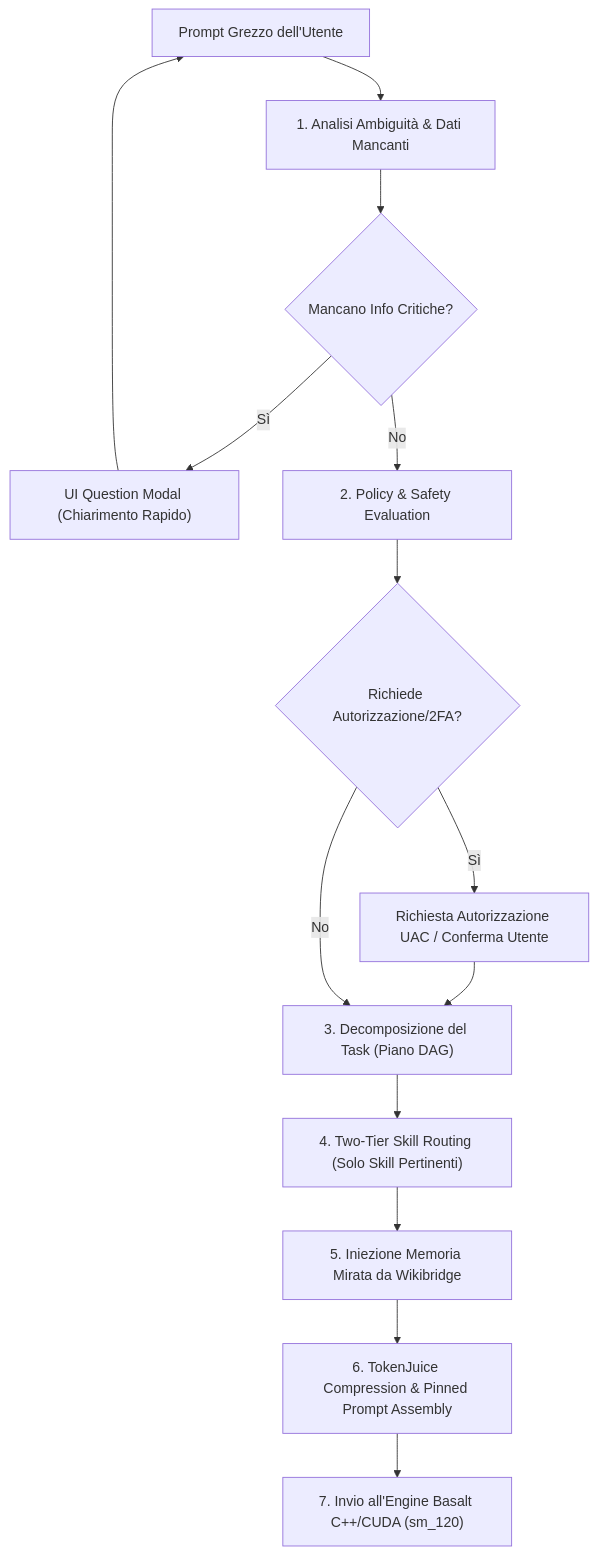
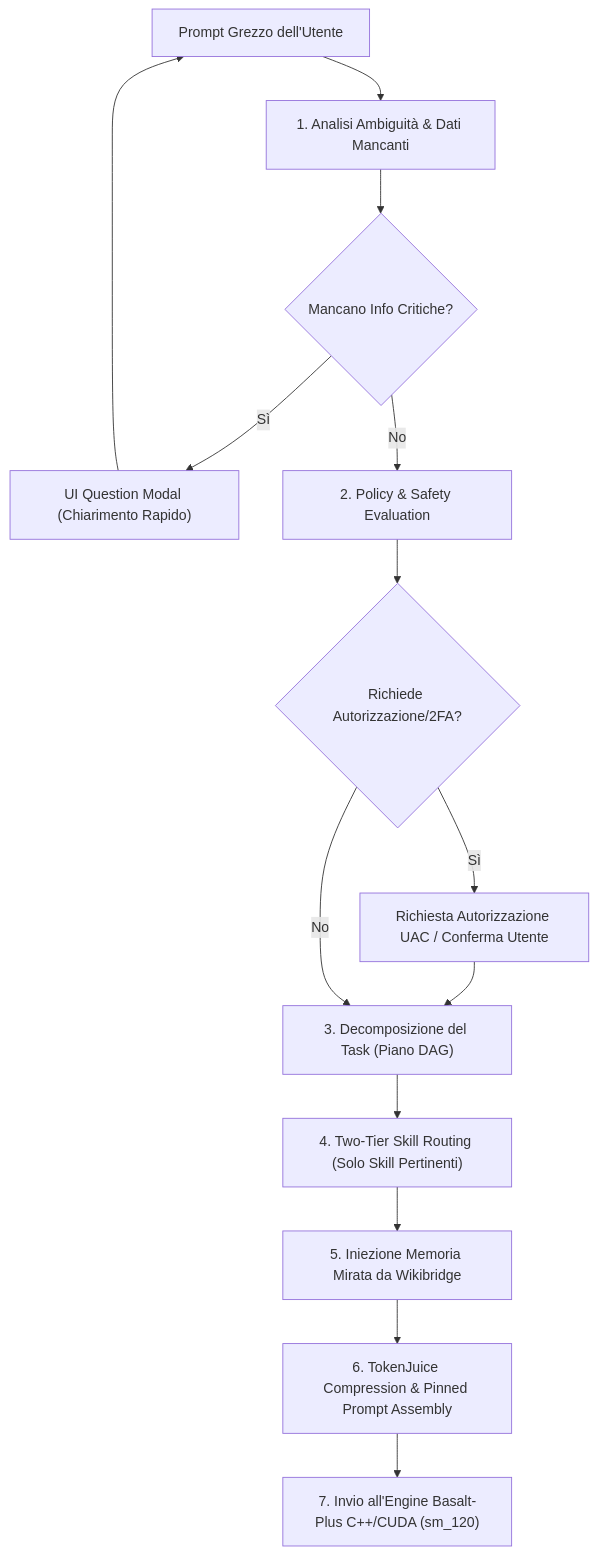
Before and after one commit to nuspy/tadamoo: the fourth of 7 diagrams in the_way_to_the_moon.ORIGINALE.md, drawn with Mermaid. The commit also changed other lines of this file and 163 other files, not shown here.

First line of the commit message:
rename: the product name in prose becomes TaDaMoo and the engine's becomes Basalt-Plus

````diff
--- a/the_way_to_the_moon.ORIGINALE.md
+++ b/the_way_to_the_moon.ORIGINALE.md
@@ -490,16 +490,16 @@
 ```mermaid
 flowchart TD
     Raw["Prompt Grezzo dell'Utente"] --> Ambiguity["1. Analisi Ambiguità & Dati Mancanti"]
     Ambiguity --> CheckAmb{"Mancano Info Critiche?"}
     CheckAmb -- Sì --> Modal["UI Question Modal (Chiarimento Rapido)"]
     Modal --> Raw
     CheckAmb -- No --> Safety["2. Policy & Safety Evaluation"]
     Safety --> CheckSafe{"Richiede Autorizzazione/2FA?"}
     CheckSafe -- Sì --> Auth["Richiesta Autorizzazione UAC / Conferma Utente"]
     Auth --> Decomp["3. Decomposizione del Task (Piano DAG)"]
     CheckSafe -- No --> Decomp
     Decomp --> SkillRoute["4. Two-Tier Skill Routing (Solo Skill Pertinenti)"]
     SkillRoute --> MemoryInj["5. Iniezione Memoria Mirata da Wikibridge"]
     MemoryInj --> TokenComp["6. TokenJuice Compression & Pinned Prompt Assembly"]
-    TokenComp --> Engine["7. Invio all'Engine Basalt C++/CUDA (sm_120)"]
+    TokenComp --> Engine["7. Invio all'Engine Basalt-Plus C++/CUDA (sm_120)"]
 ```
````
